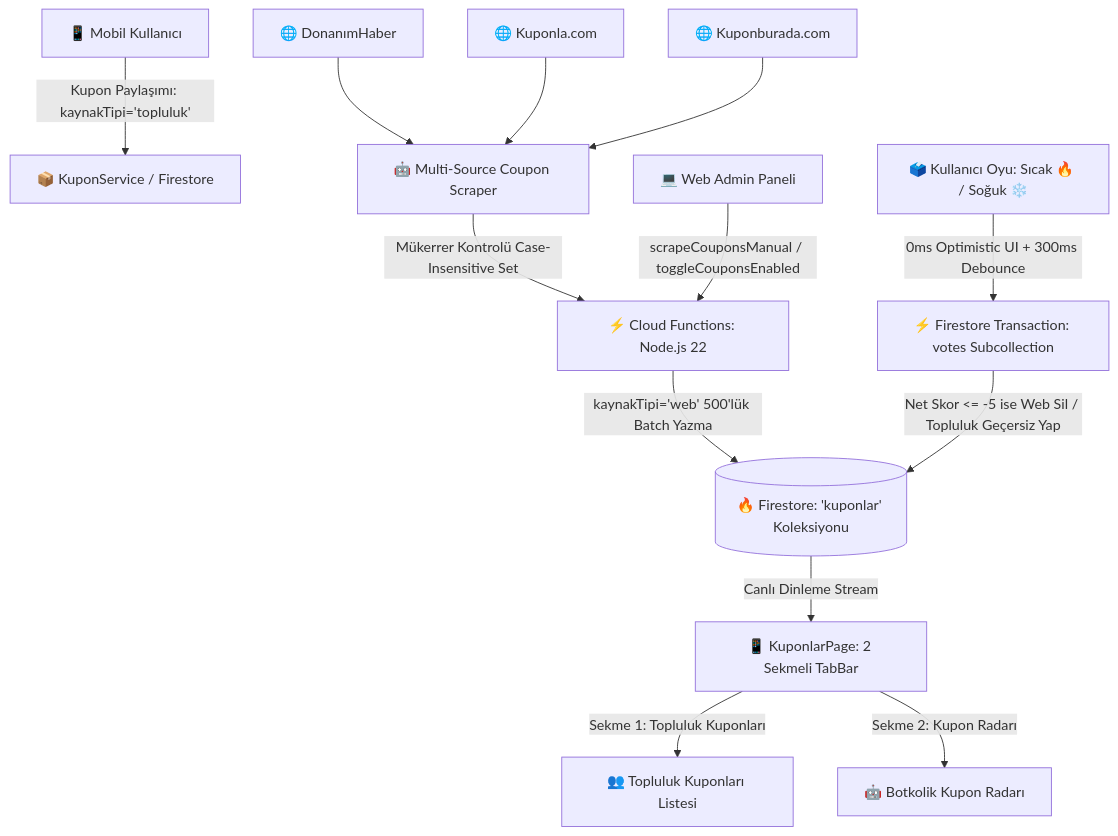
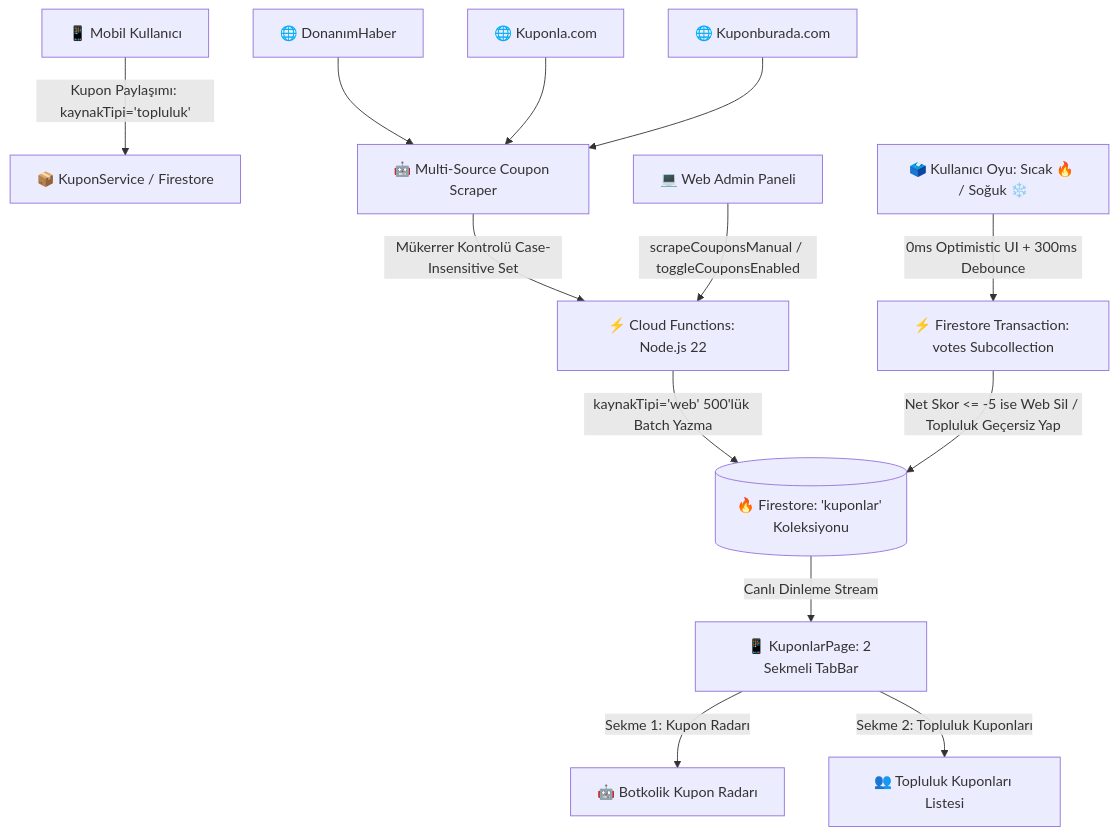
The first of 3 diagrams in documentation/kuponlar/kuponlar_modulu_rehberi.md (gky61/s-cak-f-rsatlar), drawn with Mermaid before and after one commit. The commit also changed other lines of this file and 67 other files, not shown here.

First line of the commit message:
feat(admin): modernize expired deals view, optimize web admin dashboard and sync architecture

````diff
--- a/documentation/kuponlar/kuponlar_modulu_rehberi.md
+++ b/documentation/kuponlar/kuponlar_modulu_rehberi.md
@@ -30,20 +30,20 @@
 ```mermaid
 graph TD
     %% 1. Veri Kaynakları
     User[📱 Mobil Kullanıcı] -->|Kupon Paylaşımı: kaynakTipi='topluluk'| KuponService[📦 KuponService / Firestore]
     DH[🌐 DonanımHaber] --> Scraper[🤖 Multi-Source Coupon Scraper]
     Kuponla[🌐 Kuponla.com] --> Scraper
     Kuponburada[🌐 Kuponburada.com] --> Scraper
     
     %% 2. Backend İşleme
     Scraper -->|Mükerrer Kontrolü Case-Insensitive Set| CloudFunctions[⚡ Cloud Functions: Node.js 22]
     CloudFunctions -->|kaynakTipi='web' 500'lük Batch Yazma| Firestore[(🔥 Firestore: 'kuponlar' Koleksiyonu)]
     AdminWeb[💻 Web Admin Paneli] -->|scrapeCouponsManual / toggleCouponsEnabled| CloudFunctions
     
     %% 3. Mobil İstemci ve Oylama
     Firestore -->|Canlı Dinleme Stream| KuponlarPage[📱 KuponlarPage: 2 Sekmeli TabBar]
-    KuponlarPage -->|Sekme 1: Topluluk Kuponları| Tab1[👥 Topluluk Kuponları Listesi]
-    KuponlarPage -->|Sekme 2: Kupon Radarı| Tab2[🤖 Botkolik Kupon Radarı]
+    KuponlarPage -->|Sekme 1: Kupon Radarı| Tab1[🤖 Botkolik Kupon Radarı]
+    KuponlarPage -->|Sekme 2: Topluluk Kuponları| Tab2[👥 Topluluk Kuponları Listesi]
     UserVote[🗳️ Kullanıcı Oyu: Sıcak 🔥 / Soğuk ❄️] -->|0ms Optimistic UI + 300ms Debounce| VoteTx[⚡ Firestore Transaction: votes Subcollection]
     VoteTx -->|Net Skor <= -5 ise Web Sil / Topluluk Geçersiz Yap| Firestore
 ```
````
